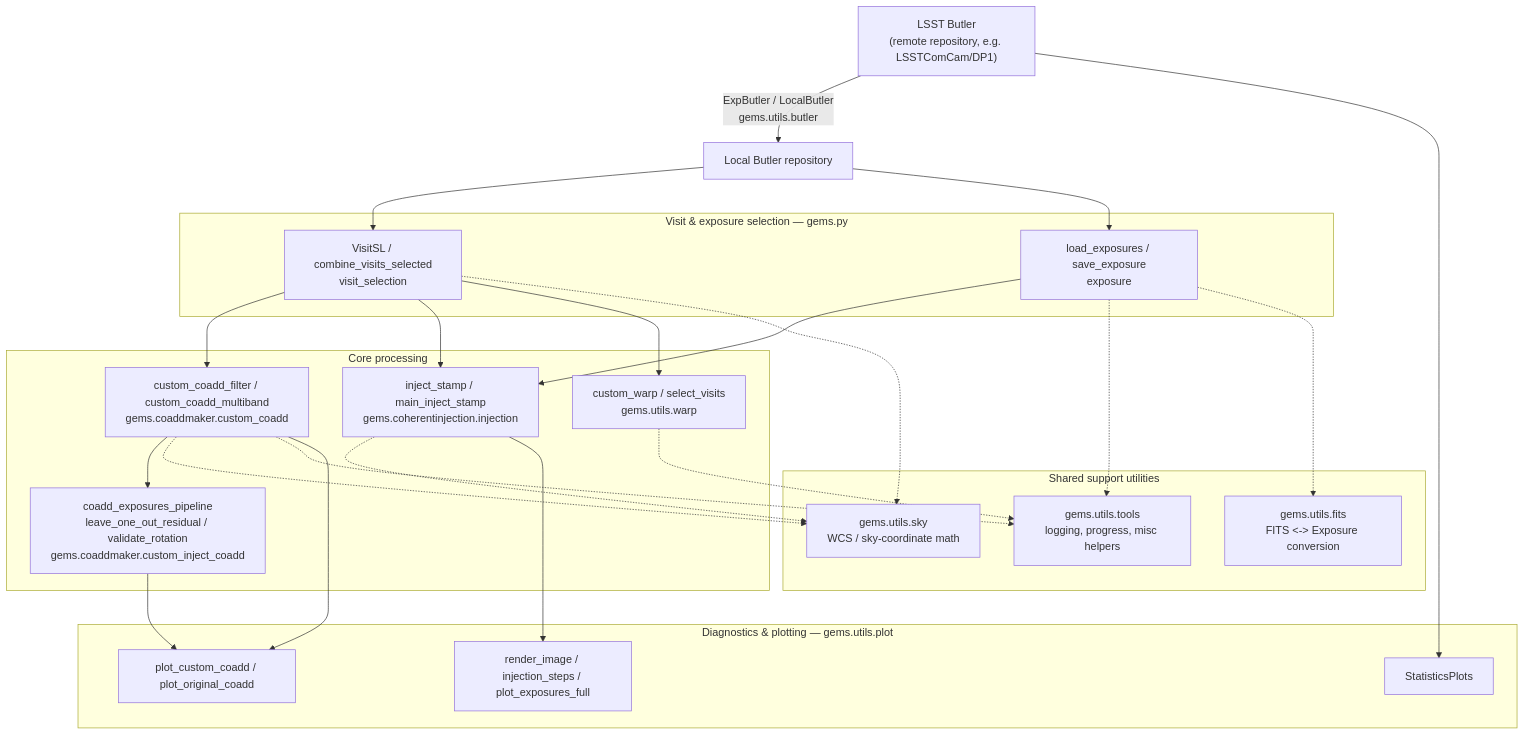
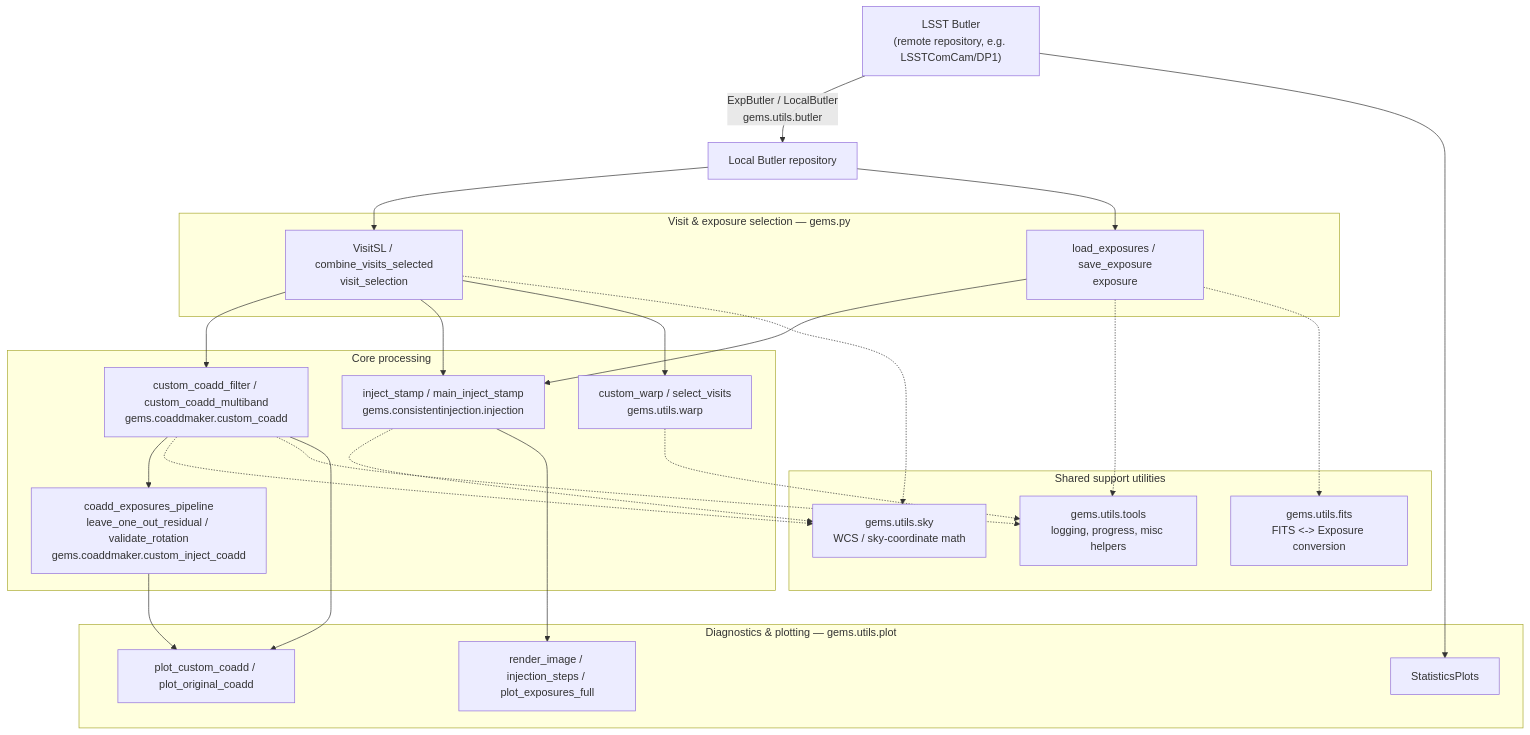
Before and after one commit to emdajhuda/GEMS: the diagram in docs/architecture.md, drawn with Mermaid. The commit also changed other lines of this file and 18 other files, not shown here.

````diff
--- a/docs/architecture.md
+++ b/docs/architecture.md
@@ -8,46 +8,46 @@
 ```mermaid
 flowchart TD
     A["LSST Butler\n(remote repository, e.g. LSSTComCam/DP1)"] -->|"ExpButler / LocalButler\ngems.utils.butler"| B["Local Butler repository"]
 
     subgraph Select["Visit & exposure selection — gems.py"]
         C["VisitSL / combine_visits_selected\nvisit_selection"]
         D["load_exposures / save_exposure\nexposure"]
     end
     B --> C
     B --> D
 
     subgraph Core["Core processing"]
         E["custom_coadd_filter / custom_coadd_multiband\ngems.coaddmaker.custom_coadd"]
         F["coadd_exposures_pipeline\nleave_one_out_residual / validate_rotation\ngems.coaddmaker.custom_inject_coadd"]
-        G["inject_stamp / main_inject_stamp\ngems.coherentinjection.injection"]
+        G["inject_stamp / main_inject_stamp\ngems.consistentinjection.injection"]
         H["custom_warp / select_visits\ngems.utils.warp"]
     end
     C --> E
     E --> F
     D --> G
     C --> G
     C --> H
 
     subgraph Support["Shared support utilities"]
         S1["gems.utils.sky\nWCS / sky-coordinate math"]
         S2["gems.utils.fits\nFITS <-> Exposure conversion"]
         S3["gems.utils.tools\nlogging, progress, misc helpers"]
     end
     C -.-> S1
     E -.-> S1
     G -.-> S1
     D -.-> S3
     E -.-> S3
     H -.-> S3
     D -.-> S2
 
     subgraph Diagnostics["Diagnostics & plotting — gems.utils.plot"]
         I["StatisticsPlots"]
         J["plot_custom_coadd / plot_original_coadd"]
         K["render_image / injection_steps / plot_exposures_full"]
     end
     A --> I
     E --> J
     F --> J
     G --> K
 ```
````
